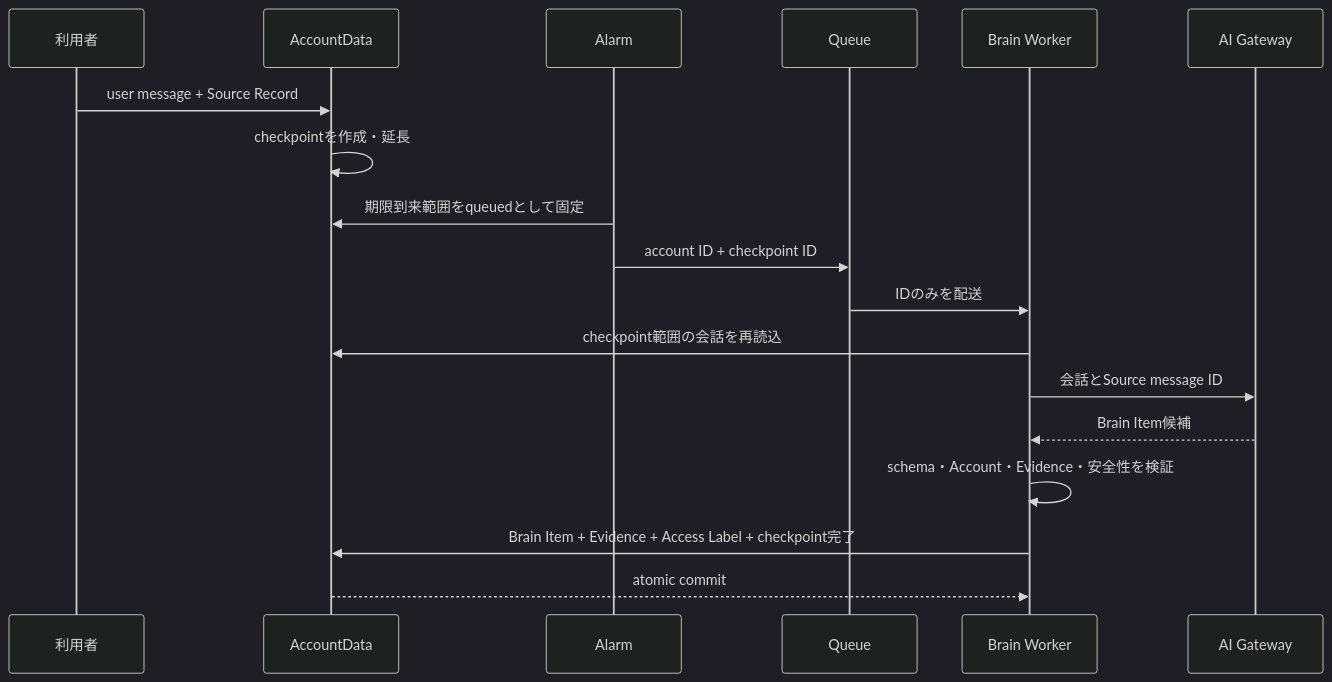
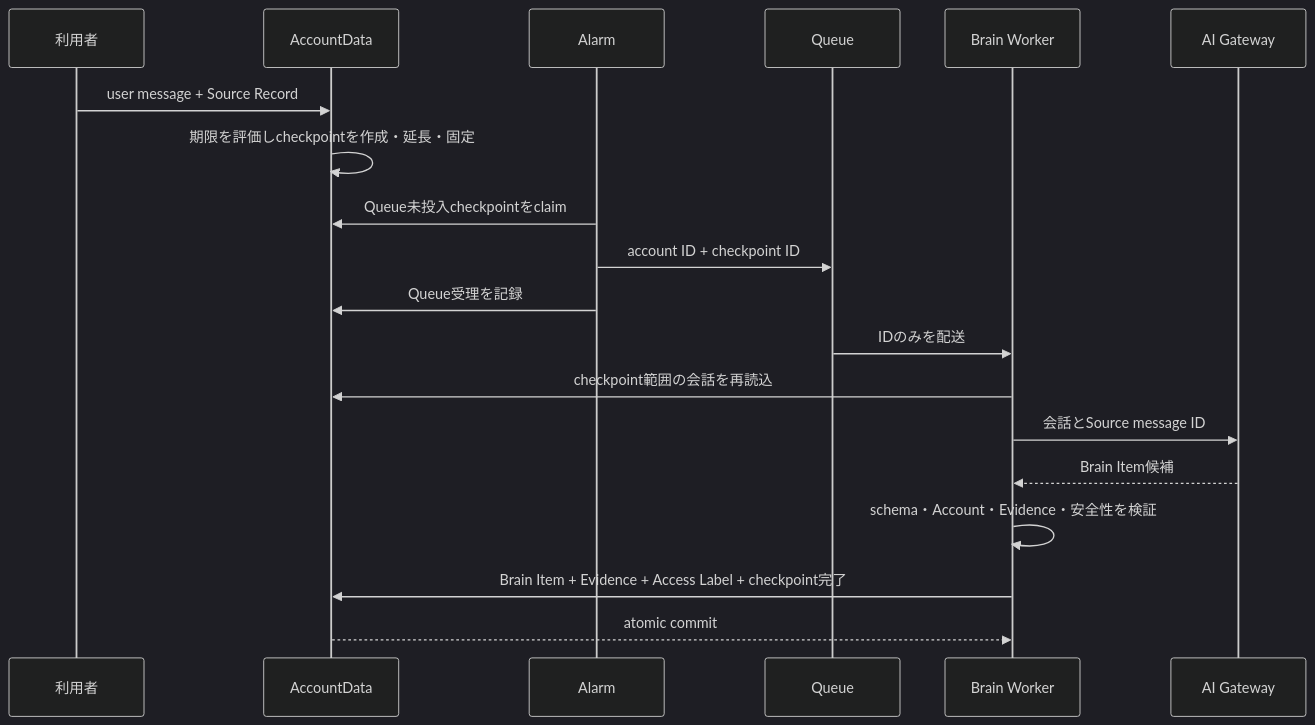
The fourth of 4 diagrams in docs/domain/brain/brain-item-generation-design.md (kkyosuke/me-builder), drawn with Mermaid (dark theme) before and after one commit. The commit also changed other lines of this file and 7 other files, not shown here.

````diff
--- a/docs/domain/brain/brain-item-generation-design.md
+++ b/docs/domain/brain/brain-item-generation-design.md
@@ -304,21 +304,22 @@
 ```mermaid
 sequenceDiagram
     participant U as 利用者
     participant AD as AccountData
     participant A as Alarm
     participant Q as Queue
     participant W as Brain Worker
     participant AI as AI Gateway
 
     U->>AD: user message + Source Record
-    AD->>AD: checkpointを作成・延長
-    A->>AD: 期限到来範囲をqueuedとして固定
+    AD->>AD: 期限を評価しcheckpointを作成・延長・固定
+    A->>AD: Queue未投入checkpointをclaim
     A->>Q: account ID + checkpoint ID
+    A->>AD: Queue受理を記録
     Q->>W: IDのみを配送
     W->>AD: checkpoint範囲の会話を再読込
     W->>AI: 会話とSource message ID
     AI-->>W: Brain Item候補
     W->>W: schema・Account・Evidence・安全性を検証
     W->>AD: Brain Item + Evidence + Access Label + checkpoint完了
     AD-->>W: atomic commit
 ```
````
